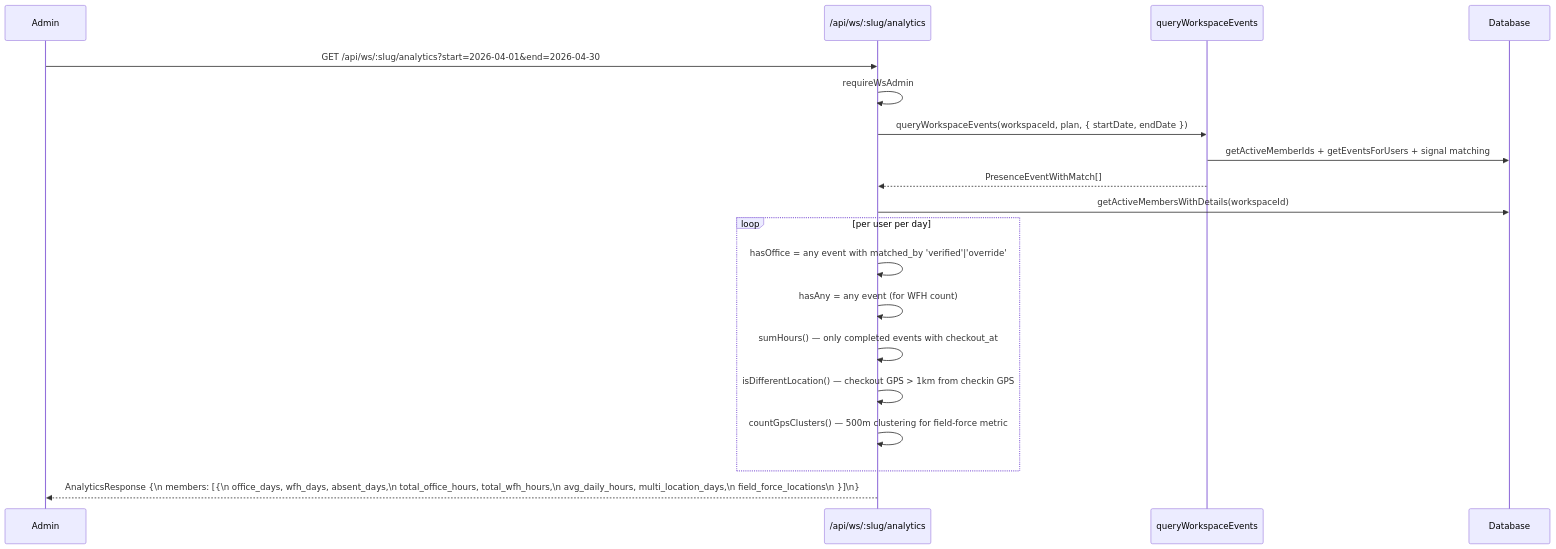
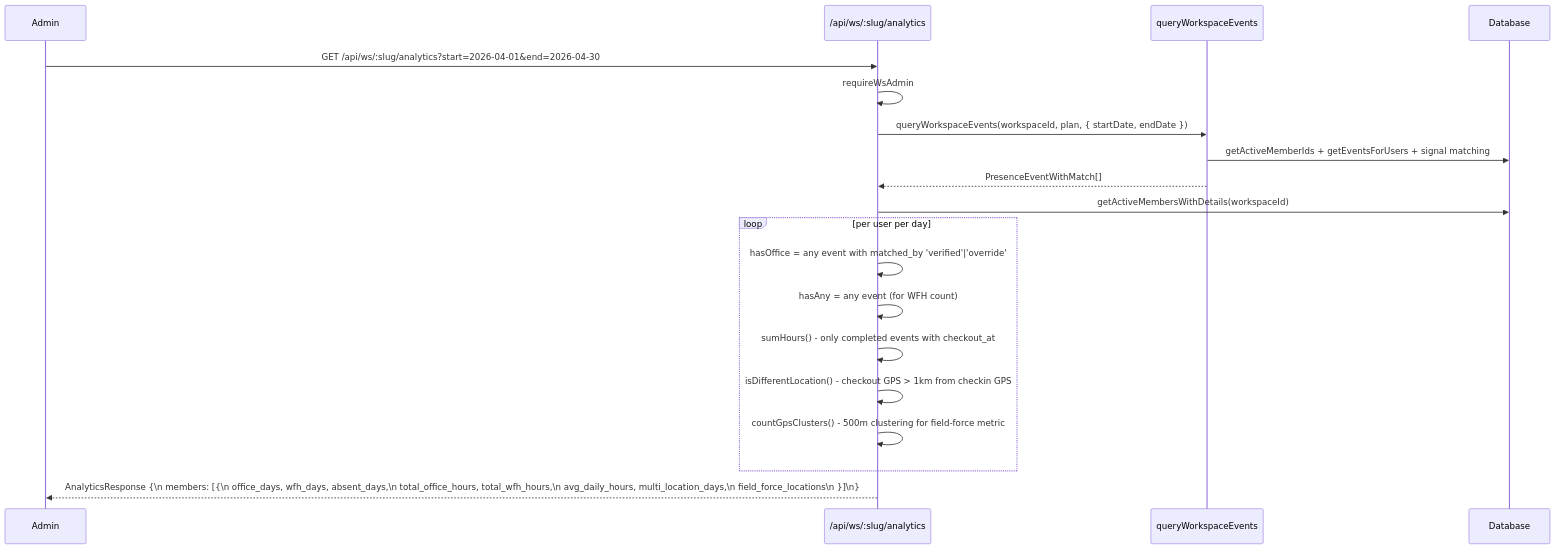
The sixth of 8 diagrams in docs/architecture/workspace-flow.md (ksharma20/checkmark), drawn with Mermaid before and after one commit. The commit also changed other lines of this file and 75 other files, not shown here.

````diff
--- a/docs/architecture/workspace-flow.md
+++ b/docs/architecture/workspace-flow.md
@@ -164,26 +164,26 @@
 ```mermaid
 sequenceDiagram
   participant A as Admin
   participant API as /api/ws/:slug/analytics
   participant SIG as queryWorkspaceEvents
   participant DB as Database
 
   A->>API: GET /api/ws/:slug/analytics?start=2026-04-01&end=2026-04-30
 
   API->>API: requireWsAdmin
   API->>SIG: queryWorkspaceEvents(workspaceId, plan, { startDate, endDate })
   SIG->>DB: getActiveMemberIds + getEventsForUsers + signal matching
   SIG-->>API: PresenceEventWithMatch[]
 
   API->>DB: getActiveMembersWithDetails(workspaceId)
 
   loop per user per day
     API->>API: hasOffice = any event with matched_by 'verified'|'override'
     API->>API: hasAny = any event (for WFH count)
-    API->>API: sumHours() — only completed events with checkout_at
-    API->>API: isDifferentLocation() — checkout GPS > 1km from checkin GPS
-    API->>API: countGpsClusters() — 500m clustering for field-force metric
+    API->>API: sumHours() - only completed events with checkout_at
+    API->>API: isDifferentLocation() - checkout GPS > 1km from checkin GPS
+    API->>API: countGpsClusters() - 500m clustering for field-force metric
   end
 
   API-->>A: AnalyticsResponse {\n  members: [{\n    office_days, wfh_days, absent_days,\n    total_office_hours, total_wfh_hours,\n    avg_daily_hours, multi_location_days,\n    field_force_locations\n  }]\n}
 ```
````
